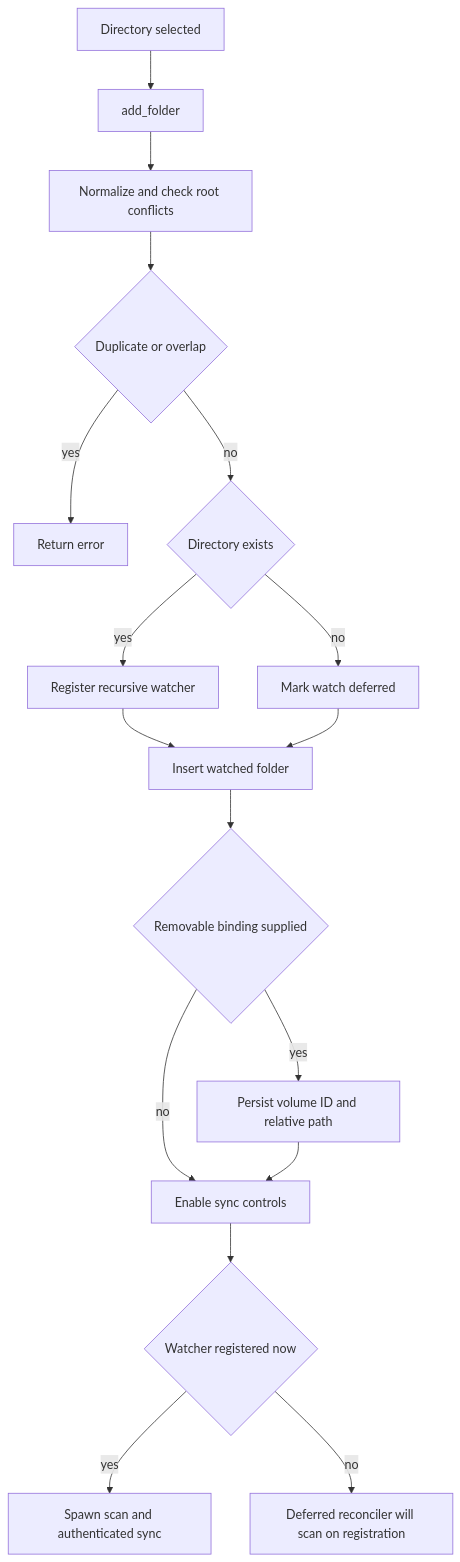
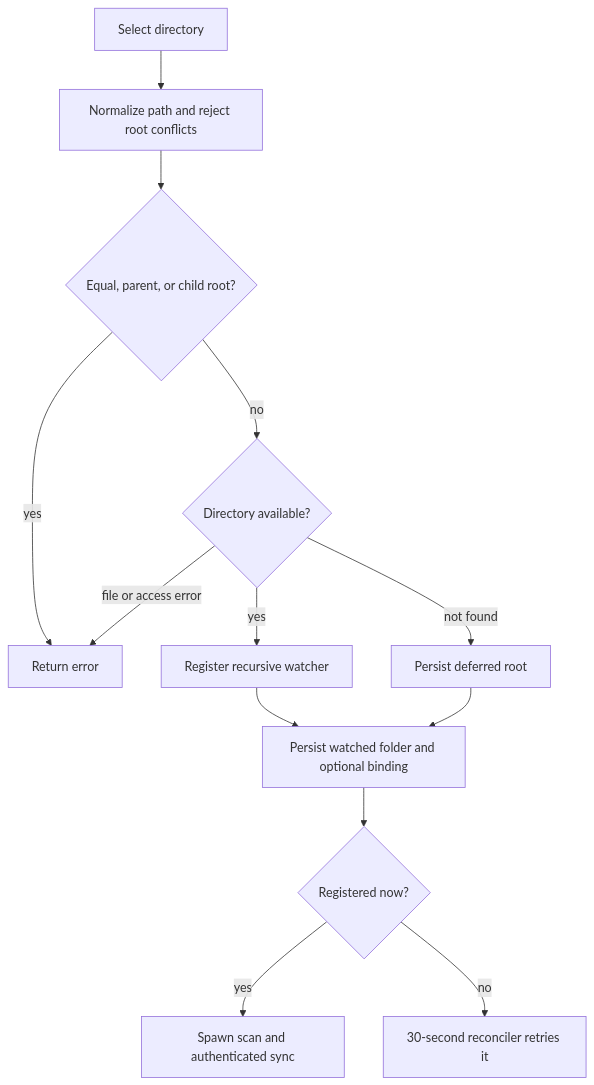
Before and after one commit to xXRoxXeRXx/lymic: the diagram in openwiki/workflows/watched-folders.md, drawn with Mermaid. The commit also changed other lines of this file and 7 other files, not shown here.

````diff
--- a/openwiki/workflows/watched-folders.md
+++ b/openwiki/workflows/watched-folders.md
@@ -53,19 +57,15 @@
 ```mermaid
 flowchart TD
-    Pick["Directory selected"] --> Add["add_folder"]
-    Add --> Normalize["Normalize and check root conflicts"]
-    Normalize --> Conflict{"Duplicate or overlap"}
+    Select["Select directory"] --> Validate["Normalize path and reject root conflicts"]
+    Validate --> Conflict{"Equal, parent, or child root?"}
     Conflict -->|yes| Reject["Return error"]
-    Conflict -->|no| Available{"Directory exists"}
+    Conflict -->|no| Available{"Directory available?"}
     Available -->|yes| Watch["Register recursive watcher"]
-    Available -->|no| Deferred["Mark watch deferred"]
-    Watch --> Persist["Insert watched folder"]
+    Available -->|not found| Deferred["Persist deferred root"]
+    Available -->|file or access error| Reject
+    Watch --> Persist["Persist watched folder and optional binding"]
     Deferred --> Persist
-    Persist --> Bound{"Removable binding supplied"}
-    Bound -->|yes| Bind["Persist volume ID and relative path"]
-    Bound -->|no| Enable["Enable sync controls"]
-    Bind --> Enable
-    Enable --> Scan{"Watcher registered now"}
+    Persist --> Scan{"Registered now?"}
     Scan -->|yes| Initial["Spawn scan and authenticated sync"]
-    Scan -->|no| Wait["Deferred reconciler will scan on registration"]
+    Scan -->|no| Reconcile["30-second reconciler retries it"]
 ```
````
